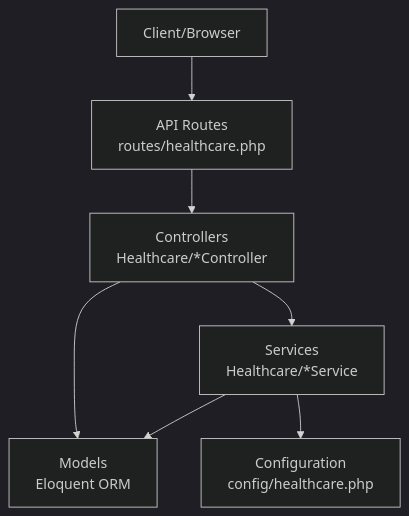
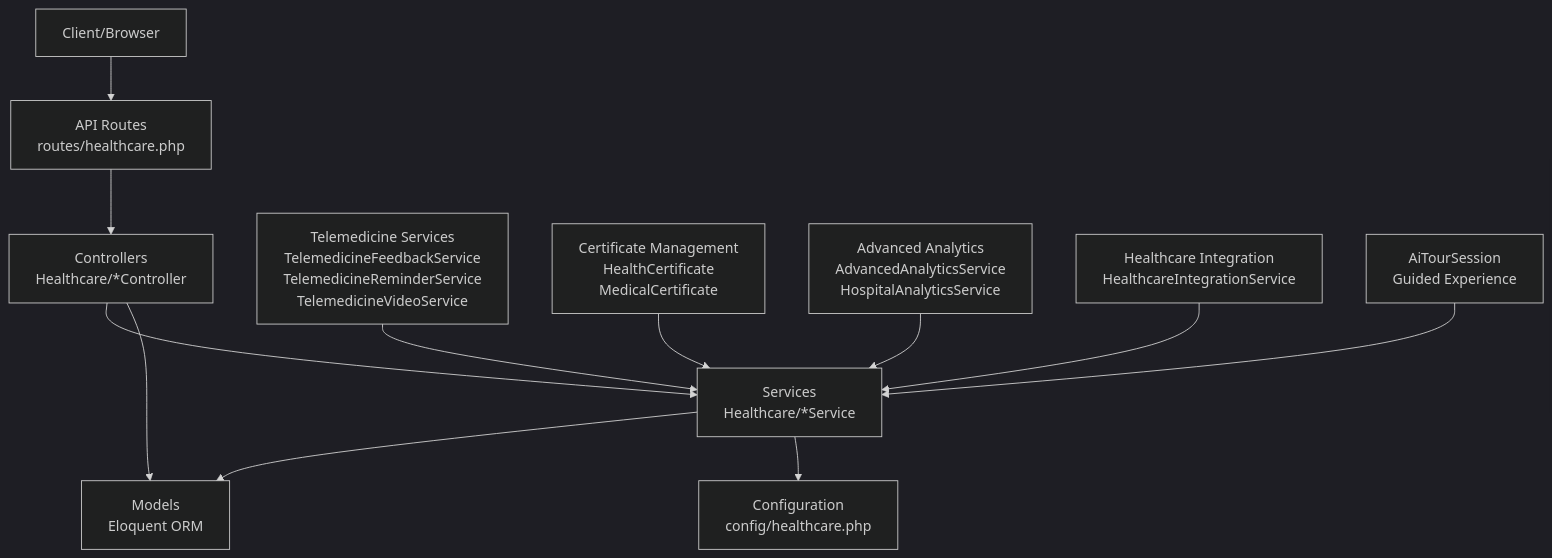
The second of 31 diagrams in .qoder/repowiki/en/content/Industry-Specific Modules/Healthcare Management Module/Healthcare Management Module.md (wahyudedik/qalcuityERP), drawn with Mermaid (dark theme) before and after one commit. The commit also changed other lines of this file and 626 other files, not shown here.

````diff
--- a/.qoder/repowiki/en/content/Industry-Specific Modules/Healthcare Management Module/Healthcare Management Module.md
+++ b/.qoder/repowiki/en/content/Industry-Specific Modules/Healthcare Management Module/Healthcare Management Module.md
@@ -125,15 +225,25 @@
 ```mermaid
 graph TB
 Client["Client/Browser"]
 API["API Routes<br/>routes/healthcare.php"]
 Controllers["Controllers<br/>Healthcare/*Controller"]
 Services["Services<br/>Healthcare/*Service"]
 Models["Models<br/>Eloquent ORM"]
 Config["Configuration<br/>config/healthcare.php"]
+TeleMed["Telemedicine Services<br/>TelemedicineFeedbackService<br/>TelemedicineReminderService<br/>TelemedicineVideoService"]
+Certificates["Certificate Management<br/>HealthCertificate<br/>MedicalCertificate"]
+Analytics["Advanced Analytics<br/>AdvancedAnalyticsService<br/>HospitalAnalyticsService"]
+Integration["Healthcare Integration<br/>HealthcareIntegrationService"]
+TourSession["AiTourSession<br/>Guided Experience"]
 Client --> API
 API --> Controllers
 Controllers --> Services
 Services --> Models
 Services --> Config
 Controllers --> Models
+TeleMed --> Services
+Certificates --> Services
+Analytics --> Services
+Integration --> Services
+TourSession --> Services
 ```
````
